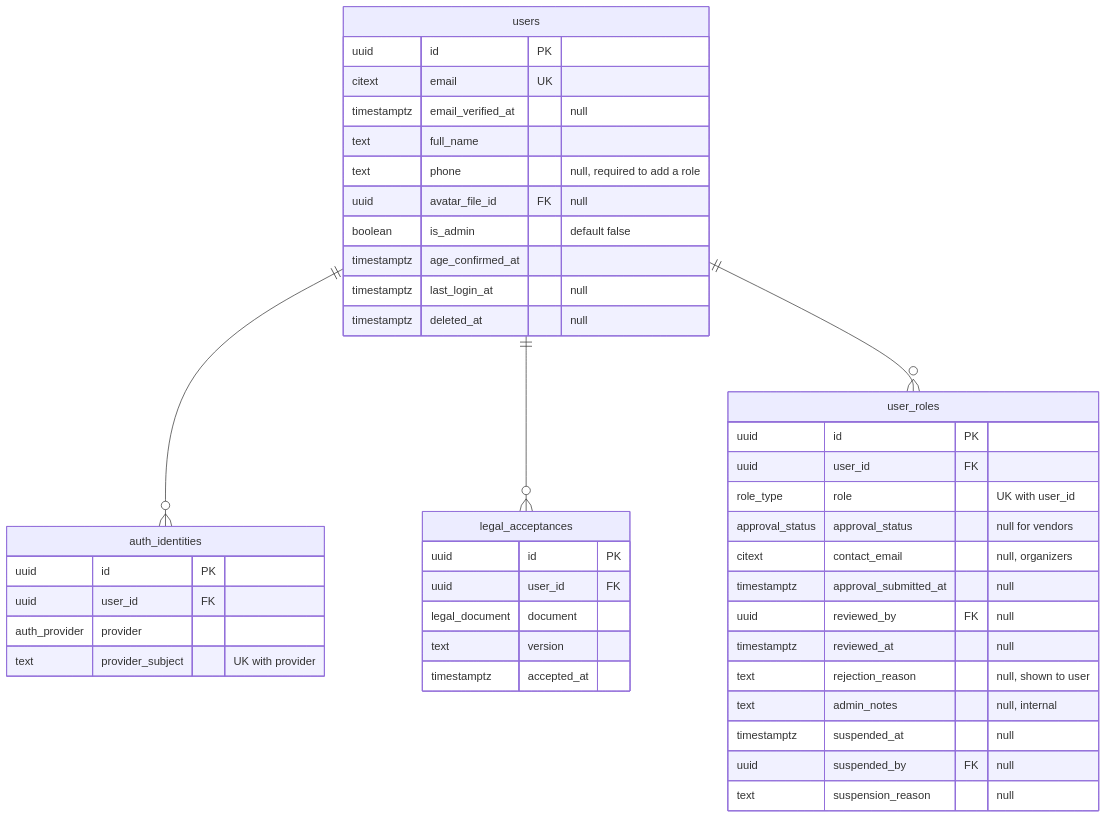
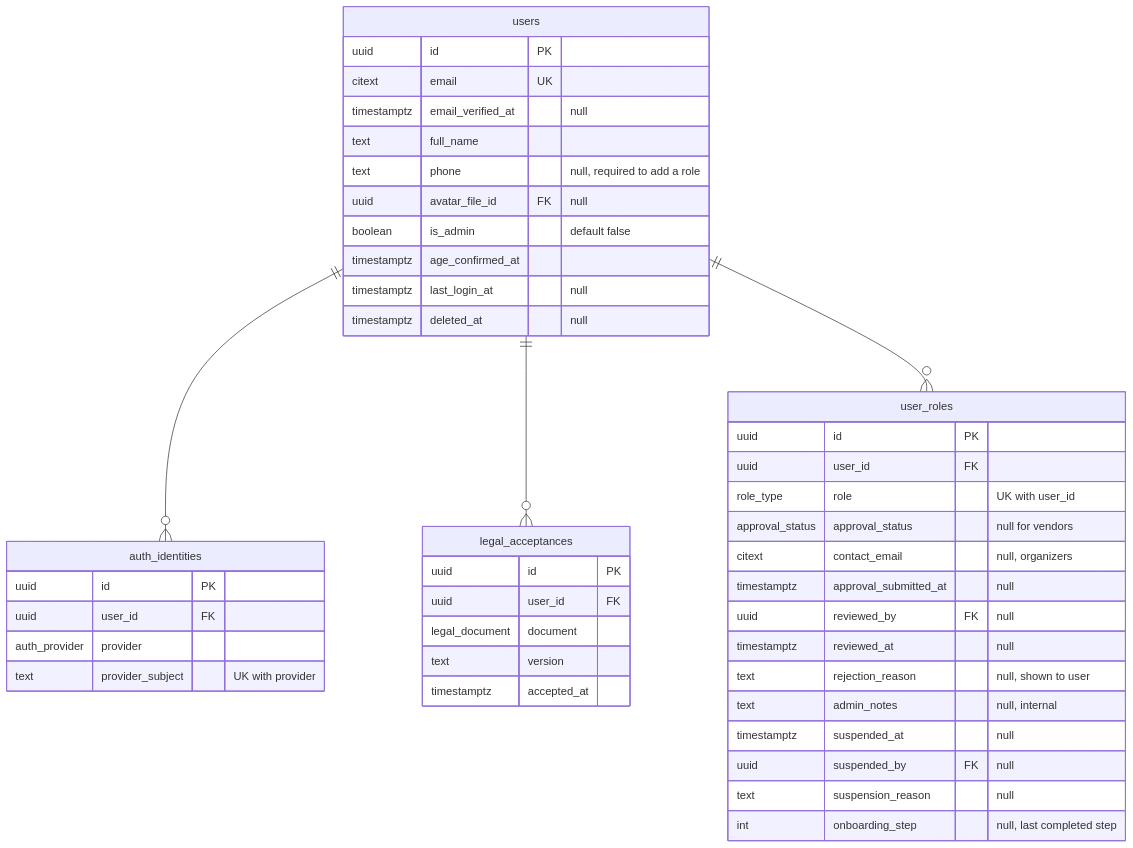
The second of 6 diagrams in docs/data-model.md (Aycees/Creavent), drawn with Mermaid before and after one commit. The commit also changed other lines of this file and 8 other files, not shown here.

````diff
--- a/docs/data-model.md
+++ b/docs/data-model.md
@@ -120,46 +124,47 @@
 ```mermaid
 erDiagram
     users {
         uuid id PK
         citext email UK
         timestamptz email_verified_at "null"
         text full_name
         text phone "null, required to add a role"
         uuid avatar_file_id FK "null"
         boolean is_admin "default false"
         timestamptz age_confirmed_at
         timestamptz last_login_at "null"
         timestamptz deleted_at "null"
     }
     auth_identities {
         uuid id PK
         uuid user_id FK
         auth_provider provider
         text provider_subject "UK with provider"
     }
     legal_acceptances {
         uuid id PK
         uuid user_id FK
         legal_document document
         text version
         timestamptz accepted_at
     }
     user_roles {
         uuid id PK
         uuid user_id FK
         role_type role "UK with user_id"
         approval_status approval_status "null for vendors"
         citext contact_email "null, organizers"
         timestamptz approval_submitted_at "null"
         uuid reviewed_by FK "null"
         timestamptz reviewed_at "null"
         text rejection_reason "null, shown to user"
         text admin_notes "null, internal"
         timestamptz suspended_at "null"
         uuid suspended_by FK "null"
         text suspension_reason "null"
+        int onboarding_step "null, last completed step"
     }
     users ||--o{ auth_identities : ""
     users ||--o{ legal_acceptances : ""
     users ||--o{ user_roles : ""
 ```
````
